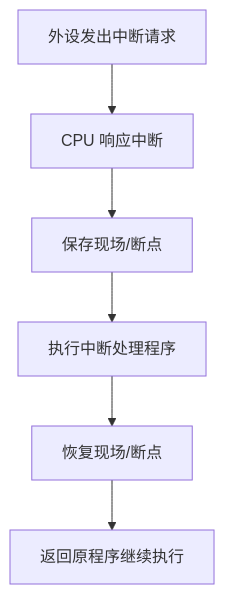
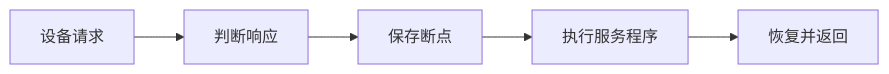
One commit to 74262195/system-architect-notes changed the diagram in 01_综合知识/01_计算机系统基础知识/01_计算机组成与体系结构/中断技术.md. Above: the diagram before and after it, drawn with Mermaid. The commit also changed other lines of this file and 16 other files, not shown here.

````diff
--- a/01_综合知识/01_计算机系统基础知识/01_计算机组成与体系结构/中断技术.md
+++ b/01_综合知识/01_计算机系统基础知识/01_计算机组成与体系结构/中断技术.md
@@ -50,8 +43,7 @@
-```mermaid
-flowchart TD
-    A[外设发出中断请求] --> B[CPU 响应中断]
-    B --> C[保存现场/断点]
-    C --> D[执行中断处理程序]
-    D --> E[恢复现场/断点]
-    E --> F[返回原程序继续执行]
-```
+~~~mermaid
+flowchart LR
+    A[设备请求] --> B[判断响应]
+    B --> C[保存断点]
+    C --> D[执行服务程序]
+    D --> E[恢复并返回]
+~~~
````
